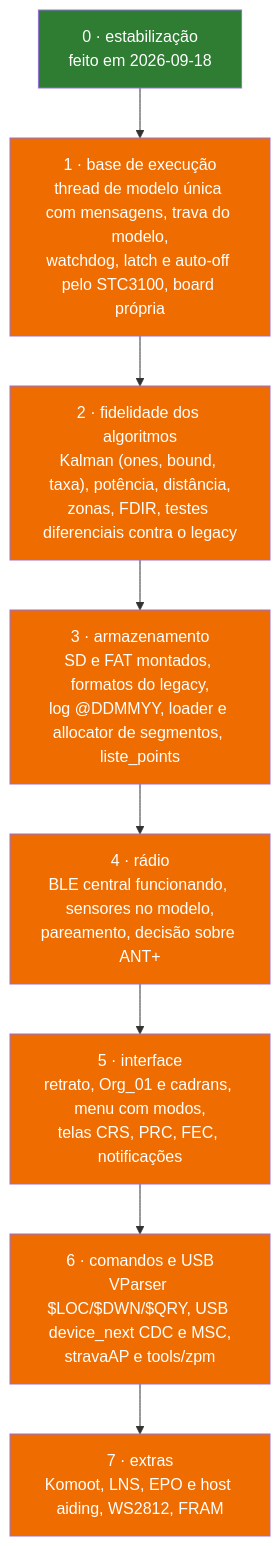
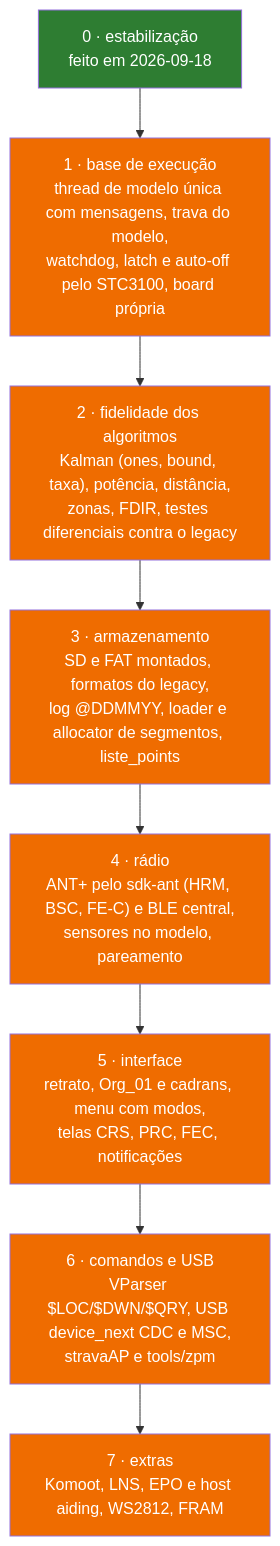
One commit to Guiimartinho/gnss-bike-computer changed the second of 2 diagrams in docs/10-status-do-port.md. Above: the diagram before and after it, drawn with Mermaid. The commit also changed other lines of this file and 8 other files, not shown here.

````diff
--- a/docs/10-status-do-port.md
+++ b/docs/10-status-do-port.md
@@ -100,13 +100,13 @@
 ```mermaid
 flowchart TD
     F0["0 · estabilização<br/>feito em 2026-09-18"]:::done --> F1
     F1["1 · base de execução<br/>thread de modelo única com mensagens, trava do modelo,<br/>watchdog, latch e auto-off pelo STC3100, board própria"]:::pending --> F2
     F2["2 · fidelidade dos algoritmos<br/>Kalman (ones, bound, taxa), potência, distância,<br/>zonas, FDIR, testes diferenciais contra o legacy"]:::pending --> F3
     F3["3 · armazenamento<br/>SD e FAT montados, formatos do legacy,<br/>log @DDMMYY, loader e allocator de segmentos, liste_points"]:::pending --> F4
-    F4["4 · rádio<br/>BLE central funcionando, sensores no modelo,<br/>pareamento, decisão sobre ANT+"]:::pending --> F5
+    F4["4 · rádio<br/>ANT+ pelo sdk-ant (HRM, BSC, FE-C) e BLE central,<br/>sensores no modelo, pareamento"]:::pending --> F5
     F5["5 · interface<br/>retrato, Org_01 e cadrans, menu com modos,<br/>telas CRS, PRC, FEC, notificações"]:::pending --> F6
     F6["6 · comandos e USB<br/>VParser $LOC/$DWN/$QRY, USB device_next CDC e MSC,<br/>stravaAP e tools/zpm"]:::pending --> F7
     F7["7 · extras<br/>Komoot, LNS, EPO e host aiding, WS2812, FRAM"]:::pending
     classDef done fill:#2e7d32,color:#ffffff
     classDef pending fill:#ef6c00,color:#ffffff
 ```
````
